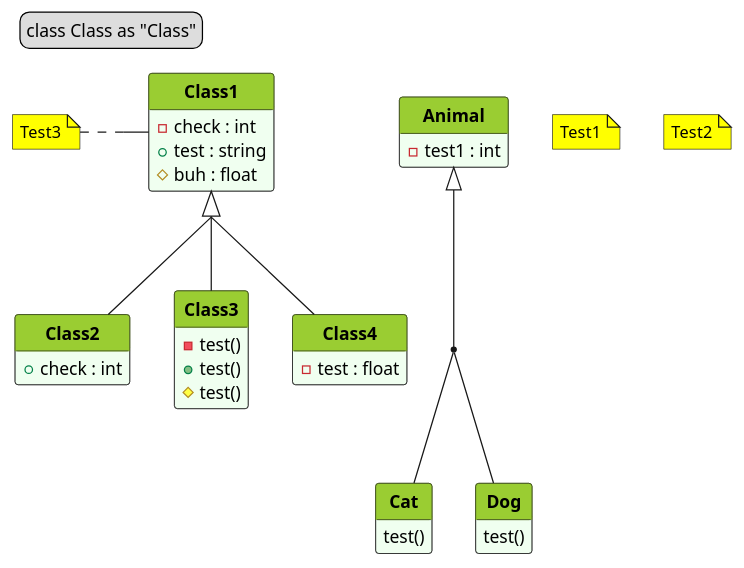
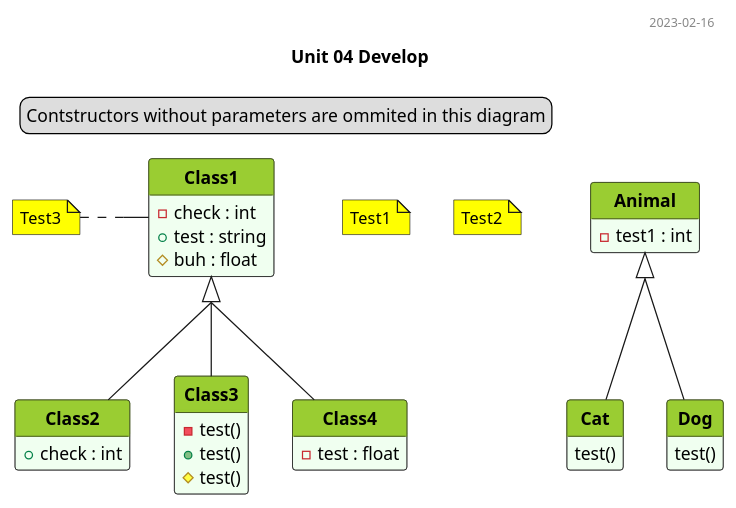
The diagram in prove/Develop04/template.pu (VladKaralius/cse210-projects), drawn with PlantUML before and after one commit. The commit also changed 2 other files, not shown here.

```diff
--- a/prove/Develop04/template.pu
+++ b/prove/Develop04/template.pu
@@ -1,81 +1,84 @@
 @startuml test
 hide circle
 hide empty members
 'skinparam classAttributeIconSize 0
 skinparam style strictuml
 skinparam groupInheritance 2
 'skinparam linetype ortho
+'skinparam Handwritten true
 <style>
 classDiagram {
   class {
     '-attributes and methods-
     'FontSize 14
     'FontColor black
     'BackgroundColor #fefece
     BackgroundColor #f0fff0
     'RoundCorner 0
     '-class name-
     header {
       'FontSize 12
       'FontColor Black
       FontStyle bold
       BackgroundColor YellowGreen
     }
   }
   note {
     BackgroundColor Yellow
   }
 }
 </style>
 
+header 2023-02-16
+title Unit 04 Develop
 
 legend top left
-  class Class as "Class"
+  Contstructors without parameters are ommited in this diagram
 endlegend
 
 note "Test1" as Note1
 note "Test2" as Note2
 'Note1 .. Class1
 'Note1 . Class2
 
 class Class1 {
   - check : int
   + test : string
   # buh : float
 }
 
 note left : Test3
 
 class Class2 {
   + check : int
 }
 
 class Class3 {
   - test()
   + test()
   # test()
 }
 
 class Class4 {
   - test : float
 }
 
 Class1 <|-- Class2
 Class1 <|-- Class3
 Class1 <|-- Class4
 
 class Animal {
   - test1 : int
 }
 together {
   class Dog {
     test()
   }
   class Cat{
     test()
   }
 }
 Animal <|-down- Cat
-Dog -- (Animal, Cat)
+Animal <|-- Dog
 
 @enduml
```
